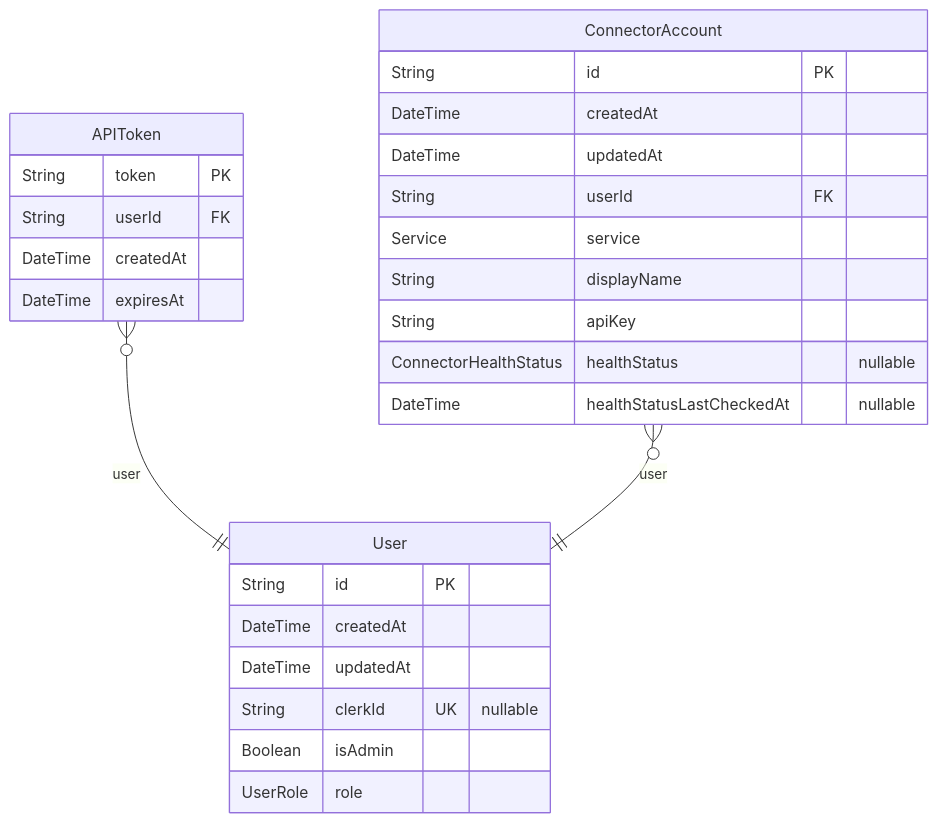
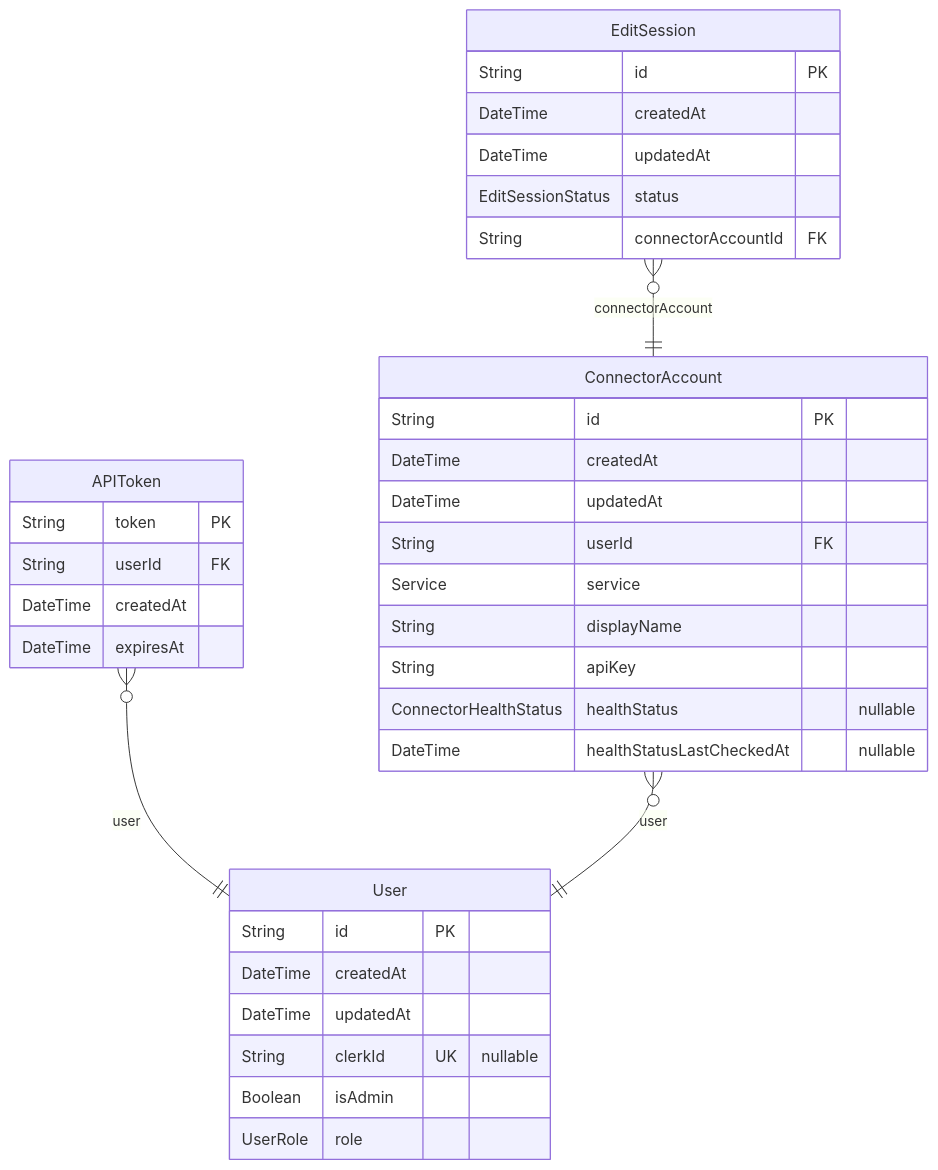
Before and after one commit to whalesync/scratch-cli: the diagram in server/prisma/ERD.md, drawn with Mermaid. The commit also changed other lines of this file and 28 other files, not shown here.

First line of the commit message:
Add an edit session, crud controllers, and UI to drive it

````diff
--- a/server/prisma/ERD.md
+++ b/server/prisma/ERD.md
@@ -9,30 +9,38 @@
 ```mermaid
 erDiagram
 "User" {
   String id PK
   DateTime createdAt
   DateTime updatedAt
   String clerkId UK "nullable"
   Boolean isAdmin
   UserRole role
 }
 "APIToken" {
   String token PK
   String userId FK
   DateTime createdAt
   DateTime expiresAt
 }
 "ConnectorAccount" {
   String id PK
   DateTime createdAt
   DateTime updatedAt
   String userId FK
   Service service
   String displayName
   String apiKey
   ConnectorHealthStatus healthStatus "nullable"
   DateTime healthStatusLastCheckedAt "nullable"
 }
+"EditSession" {
+  String id PK
+  DateTime createdAt
+  DateTime updatedAt
+  EditSessionStatus status
+  String connectorAccountId FK
+}
 "APIToken" }o--|| "User" : user
 "ConnectorAccount" }o--|| "User" : user
+"EditSession" }o--|| "ConnectorAccount" : connectorAccount
 ```
````
